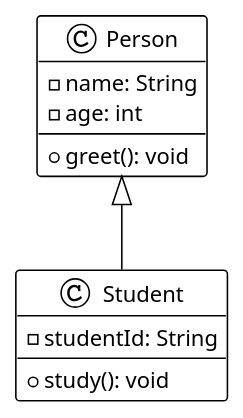
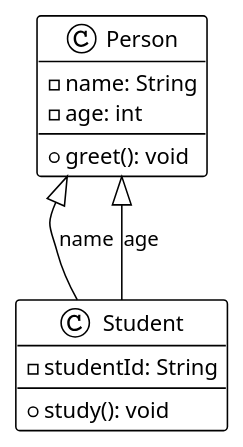
One commit to JohnMoehrke/testMermaid changed the diagram in input/images-source/class-person-student.plantuml. Above: the diagram before and after it, drawn with PlantUML. The commit also changed 3 other files, not shown here.

Commit message:
add plantuml failure of bidirectional links producing duplicate id

```diff
--- a/input/images-source/class-person-student.plantuml
+++ b/input/images-source/class-person-student.plantuml
@@ -1,17 +1,19 @@
 @startuml class-person-student
 !theme plain
 
 class Person {
   -name: String
   -age: int
   +greet(): void
 }
 
 class Student {
   -studentId: String
   +study(): void
 }
 
-Person <|-- Student
+Person <|-- Student : name
+Person <|-- Student : age
+
 
 @enduml
```
